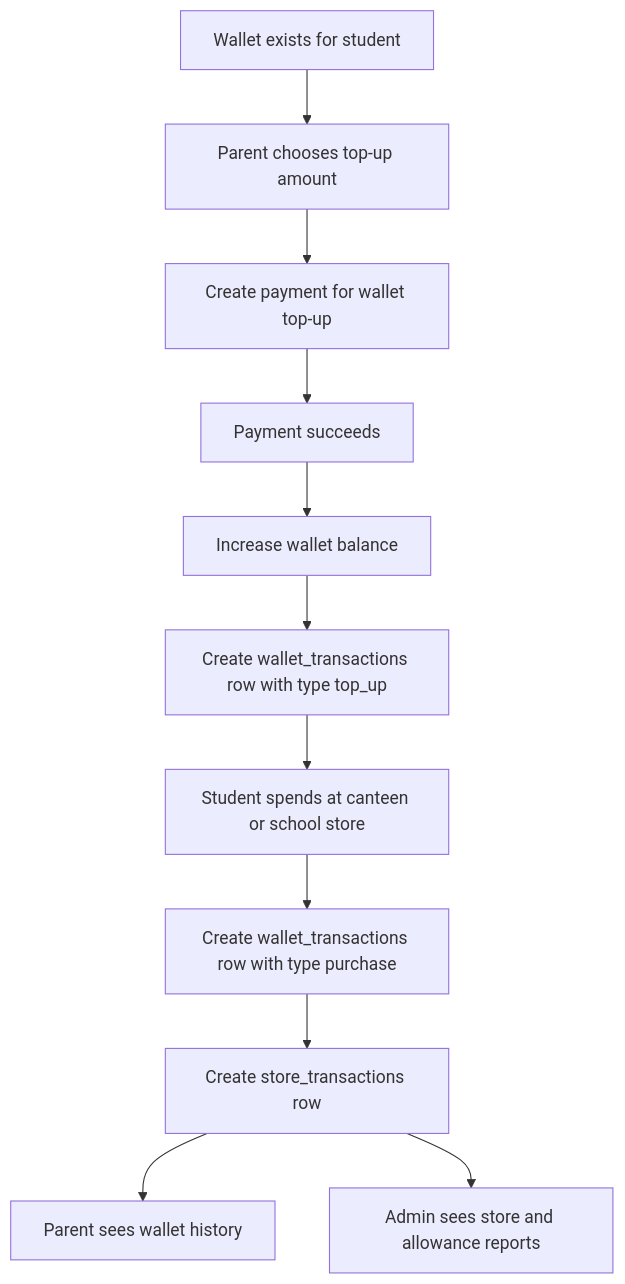
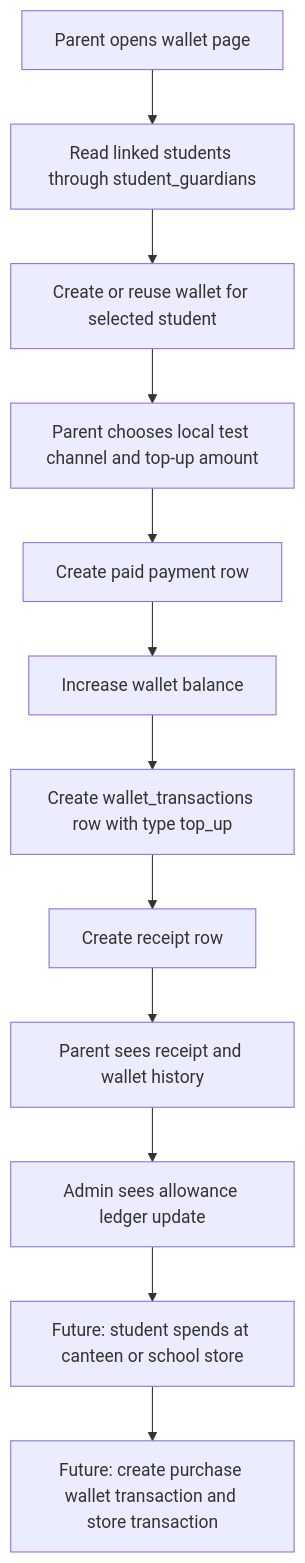
One commit to Xeyn19/xmetapay changed diagram 14 of 14 in docs/PROJECT_FLOWCHARTS.md. Above: the diagram before and after it, drawn with Mermaid. The commit also changed other lines of this file and 17 other files, not shown here.

````diff
--- a/docs/PROJECT_FLOWCHARTS.md
+++ b/docs/PROJECT_FLOWCHARTS.md
@@ -434,13 +436,14 @@
 ```mermaid
 flowchart TD
-  A["Wallet exists for student"] --> B["Parent chooses top-up amount"]
-  B --> C["Create payment for wallet top-up"]
-  C --> D["Payment succeeds"]
-  D --> E["Increase wallet balance"]
-  E --> F["Create wallet_transactions row with type top_up"]
-  F --> G["Student spends at canteen or school store"]
-  G --> H["Create wallet_transactions row with type purchase"]
-  H --> I["Create store_transactions row"]
-  I --> J["Parent sees wallet history"]
-  I --> K["Admin sees store and allowance reports"]
+  A["Parent opens wallet page"] --> B["Read linked students through student_guardians"]
+  B --> C["Create or reuse wallet for selected student"]
+  C --> D["Parent chooses local test channel and top-up amount"]
+  D --> E["Create paid payment row"]
+  E --> F["Increase wallet balance"]
+  F --> G["Create wallet_transactions row with type top_up"]
+  G --> H["Create receipt row"]
+  H --> I["Parent sees receipt and wallet history"]
+  I --> J["Admin sees allowance ledger update"]
+  J --> K["Future: student spends at canteen or school store"]
+  K --> L["Future: create purchase wallet transaction and store transaction"]
 ```
````
